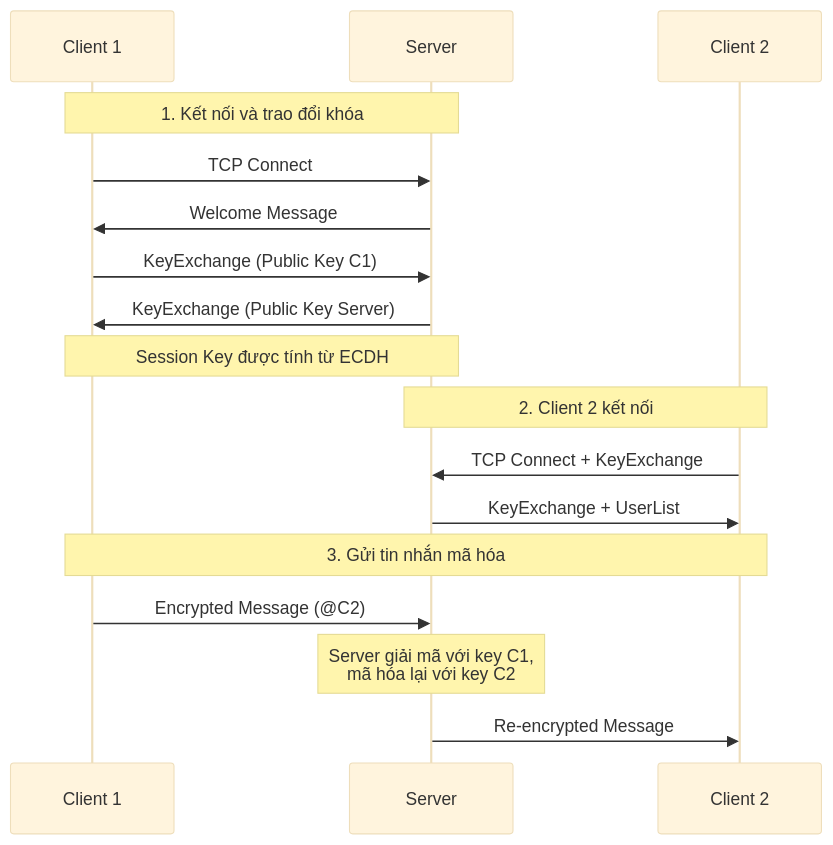
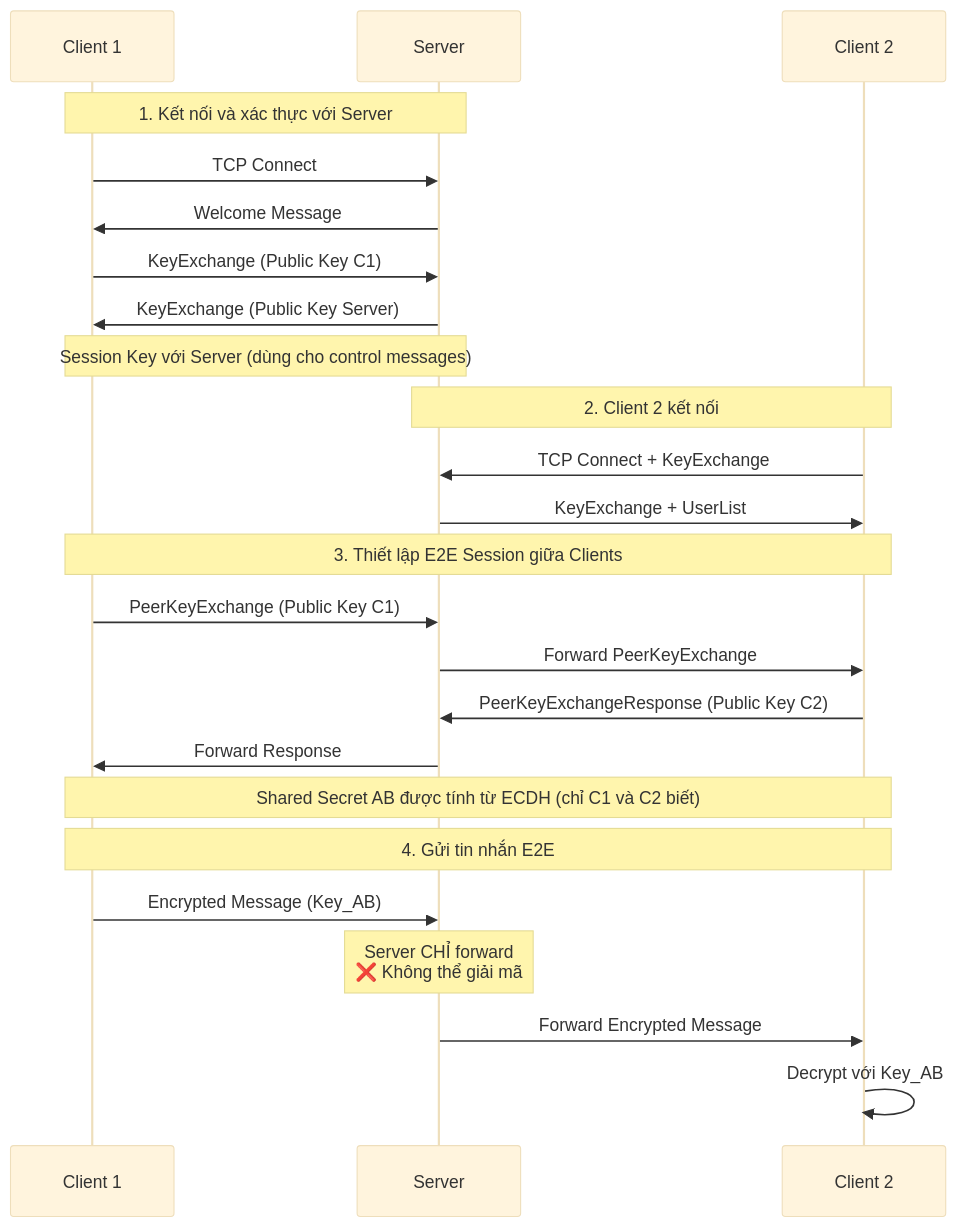
One commit to QuocVinhTrinhLam/SecureChat-System changed the diagram in README.md. Above: the diagram before and after it, drawn with Mermaid (base theme). The commit also changed other lines of this file and 1 other file, not shown here.

Commit message:
Cập nhật README.md và tăng thời gian timeout từ 500ms 5000ms ServerConnection.cs

````diff
--- a/README.md
+++ b/README.md
@@ -158,22 +158,30 @@
 ```mermaid
 sequenceDiagram
     participant C1 as Client 1
     participant S as Server
     participant C2 as Client 2
 
-    Note over C1,S: 1. Kết nối và trao đổi khóa
+    Note over C1,S: 1. Kết nối và xác thực với Server
     C1->>S: TCP Connect
     S->>C1: Welcome Message
     C1->>S: KeyExchange (Public Key C1)
     S->>C1: KeyExchange (Public Key Server)
-    Note over C1,S: Session Key được tính từ ECDH
+    Note over C1,S: Session Key với Server (dùng cho control messages)
 
     Note over C2,S: 2. Client 2 kết nối
     C2->>S: TCP Connect + KeyExchange
     S->>C2: KeyExchange + UserList
 
-    Note over C1,C2: 3. Gửi tin nhắn mã hóa
-    C1->>S: Encrypted Message (@C2)
-    Note over S: Server giải mã với key C1,<br/>mã hóa lại với key C2
-    S->>C2: Re-encrypted Message
+    Note over C1,C2: 3. Thiết lập E2E Session giữa Clients
+    C1->>S: PeerKeyExchange (Public Key C1)
+    S->>C2: Forward PeerKeyExchange
+    C2->>S: PeerKeyExchangeResponse (Public Key C2)
+    S->>C1: Forward Response
+    Note over C1,C2: Shared Secret AB được tính từ ECDH (chỉ C1 và C2 biết)
+
+    Note over C1,C2: 4. Gửi tin nhắn E2E
+    C1->>S: Encrypted Message (Key_AB)
+    Note over S: Server CHỈ forward<br/>❌ Không thể giải mã
+    S->>C2: Forward Encrypted Message
+    C2->>C2: Decrypt với Key_AB
 ```
````
